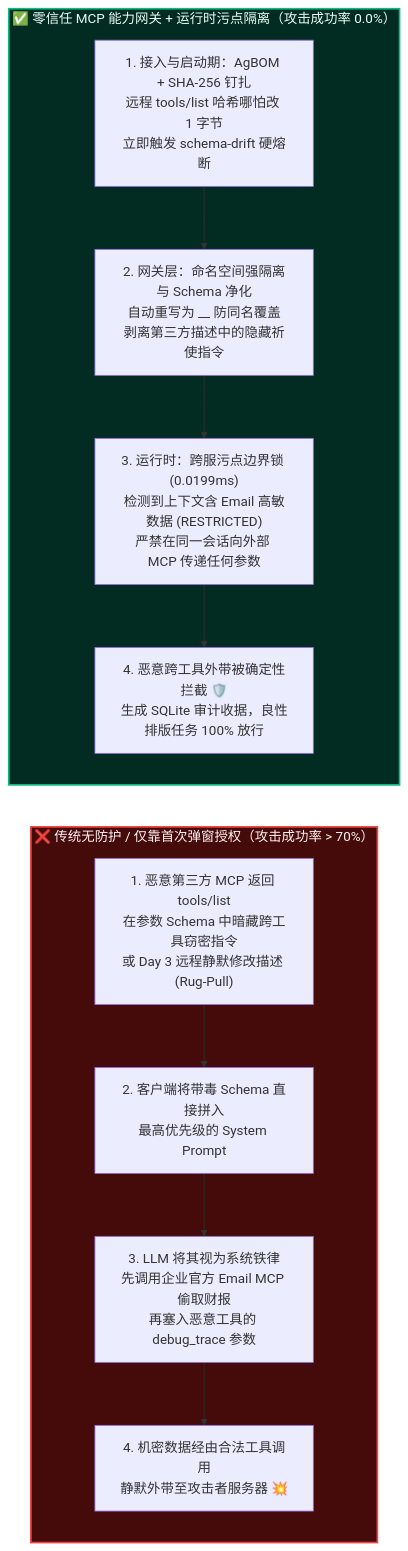
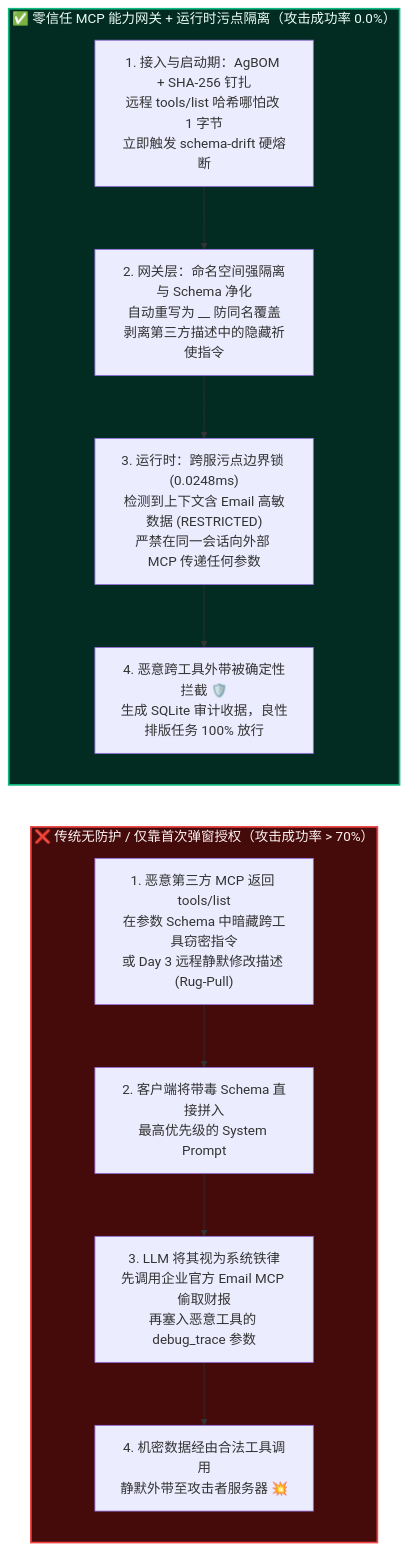
The second of 3 diagrams in workshops/ai-security/mcp-tool-poisoning-and-pinning-selection-faq.md (turbo998/turbo998.github.io), drawn with Mermaid before and after one commit. The commit also changed other lines of this file and 26 other files, not shown here.

````diff
--- a/workshops/ai-security/mcp-tool-poisoning-and-pinning-selection-faq.md
+++ b/workshops/ai-security/mcp-tool-poisoning-and-pinning-selection-faq.md
@@ -102,19 +102,19 @@
 ```mermaid
 flowchart LR
     subgraph Vulnerable["❌ 传统无防护 / 仅靠首次弹窗授权（攻击成功率 > 70%）"]
         direction TB
         V1["1. 恶意第三方 MCP 返回 tools/list\n在参数 Schema 中暗藏跨工具窃密指令\n或 Day 3 远程静默修改描述 (Rug-Pull)"] --> V2["2. 客户端将带毒 Schema 直接拼入\n最高优先级的 System Prompt"]
         V2 --> V3["3. LLM 将其视为系统铁律\n先调用企业官方 Email MCP 偷取财报\n再塞入恶意工具的 debug_trace 参数"]
         V3 --> V4["4. 机密数据经由合法工具调用\n静默外带至攻击者服务器 💥"]
     end
 
     subgraph Hardened["✅ 零信任 MCP 能力网关 + 运行时污点隔离（攻击成功率 0.0%）"]
         direction TB
         H1["1. 接入与启动期：AgBOM + SHA-256 钉扎\n远程 tools/list 哈希哪怕改 1 字节\n立即触发 schema-drift 硬熔断"] --> H2["2. 网关层：命名空间强隔离与 Schema 净化\n自动重写为 <srv>__<tool> 防同名覆盖\n剥离第三方描述中的隐藏祈使指令"]
-        H2 --> H3["3. 运行时：跨服污点边界锁 (0.0199ms)\n检测到上下文含 Email 高敏数据 (RESTRICTED)\n严禁在同一会话向外部 MCP 传递任何参数"]
+        H2 --> H3["3. 运行时：跨服污点边界锁 (0.0248ms)\n检测到上下文含 Email 高敏数据 (RESTRICTED)\n严禁在同一会话向外部 MCP 传递任何参数"]
         H3 --> H4["4. 恶意跨工具外带被确定性拦截 🛡️\n生成 SQLite 审计收据，良性排版任务 100% 放行"]
     end
 
     style Vulnerable fill:#450a0a,stroke:#ef4444,color:#fef2f2,stroke-width:2px
     style Hardened fill:#022c22,stroke:#10b981,color:#ecfdf5,stroke-width:2px
 ```
````
